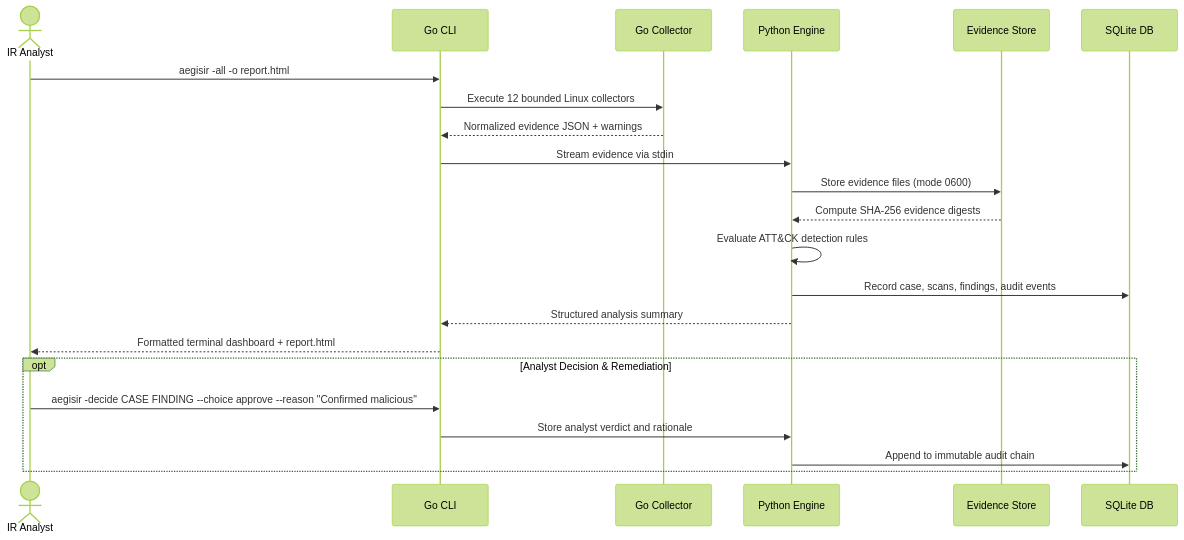
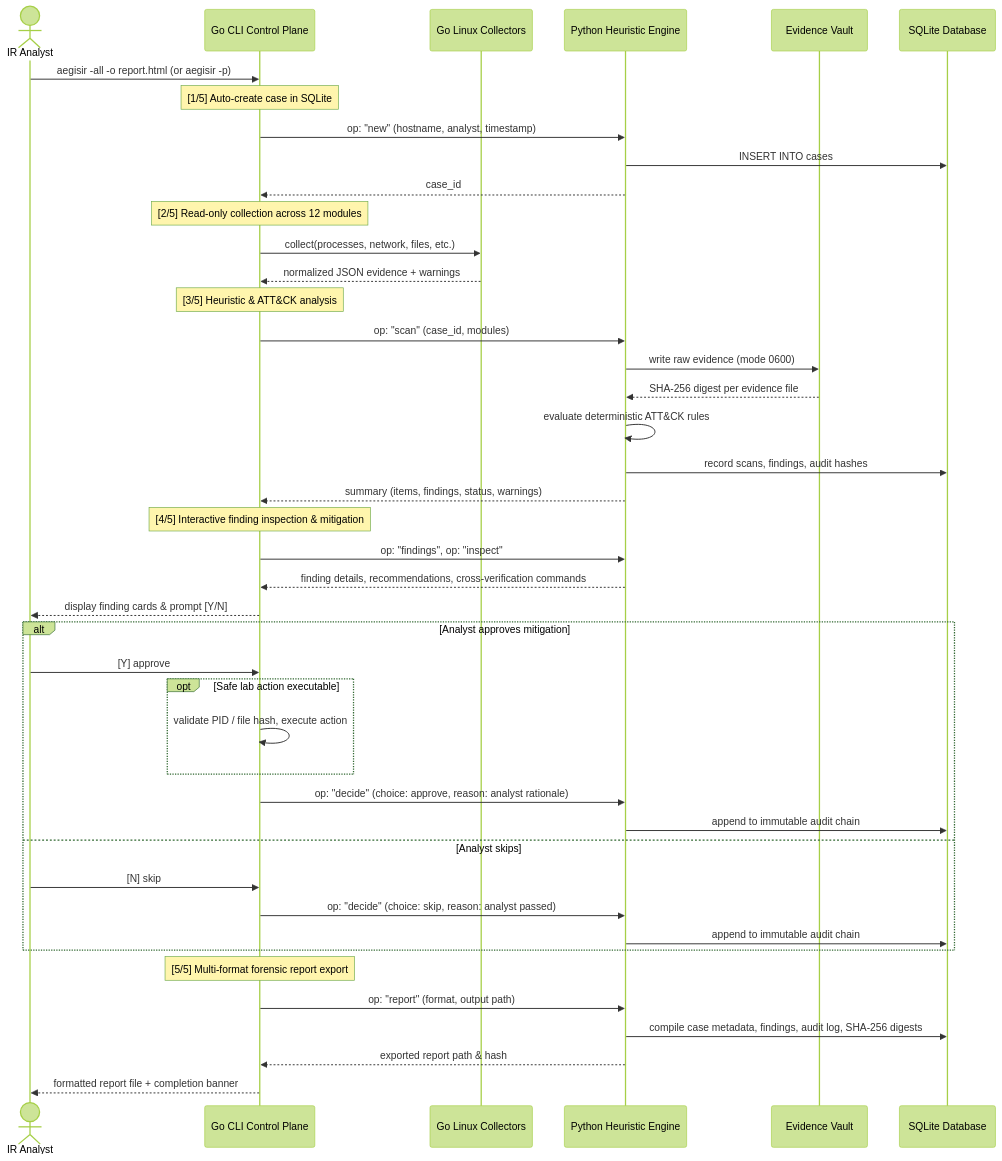
The second of 3 diagrams in README.md (shii9/AegisIR), drawn with Mermaid (forest theme) before and after one commit. The commit also changed other lines of this file and 2 other files, not shown here.

Commit message:
docs: align architecture and workflow specifications with the 5-stage triage pipeline and interactive TUI

````diff
--- a/README.md
+++ b/README.md
@@ -100,26 +100,50 @@
 ```mermaid
 sequenceDiagram
     actor IR as IR Analyst
-    participant G as Go CLI
-    participant C as Go Collector
-    participant P as Python Engine
-    participant E as Evidence Store
-    participant D as SQLite DB
+    participant G as Go CLI Control Plane
+    participant C as Go Linux Collectors
+    participant P as Python Heuristic Engine
+    participant E as Evidence Vault
+    participant D as SQLite Database
     
-    IR->>G: aegisir -all -o report.html
-    G->>C: Execute 12 bounded Linux collectors
-    C-->>G: Normalized evidence JSON + warnings
-    G->>P: Stream evidence via stdin
-    P->>E: Store evidence files (mode 0600)
-    E-->>P: Compute SHA-256 evidence digests
-    P->>P: Evaluate ATT&CK detection rules
-    P->>D: Record case, scans, findings, audit events
-    P-->>G: Structured analysis summary
-    G-->>IR: Formatted terminal dashboard + report.html
+    IR->>G: aegisir -all -o report.html (or aegisir -p)
+    Note over G: [1/5] Auto-create case in SQLite
+    G->>P: op: "new" (hostname, analyst, timestamp)
+    P->>D: INSERT INTO cases
+    P-->>G: case_id
     
-    opt Analyst Decision & Remediation
-        IR->>G: aegisir -decide CASE FINDING --choice approve --reason "Confirmed malicious"
-        G->>P: Store analyst verdict and rationale
-        P->>D: Append to immutable audit chain
+    Note over G: [2/5] Read-only collection across 12 modules
+    G->>C: collect(processes, network, files, etc.)
+    C-->>G: normalized JSON evidence + warnings
+    
+    Note over G: [3/5] Heuristic & ATT&CK analysis
+    G->>P: op: "scan" (case_id, modules)
+    P->>E: write raw evidence (mode 0600)
+    E-->>P: SHA-256 digest per evidence file
+    P->>P: evaluate deterministic ATT&CK rules
+    P->>D: record scans, findings, audit hashes
+    P-->>G: summary (items, findings, status, warnings)
+    
+    Note over G: [4/5] Interactive finding inspection & mitigation
+    G->>P: op: "findings", op: "inspect"
+    P-->>G: finding details, recommendations, cross-verification commands
+    G-->>IR: display finding cards & prompt [Y/N]
+    alt Analyst approves mitigation
+        IR->>G: [Y] approve
+        opt Safe lab action executable
+            G->>G: validate PID / file hash, execute action
+        end
+        G->>P: op: "decide" (choice: approve, reason: analyst rationale)
+        P->>D: append to immutable audit chain
+    else Analyst skips
+        IR->>G: [N] skip
+        G->>P: op: "decide" (choice: skip, reason: analyst passed)
+        P->>D: append to immutable audit chain
     end
+    
+    Note over G: [5/5] Multi-format forensic report export
+    G->>P: op: "report" (format, output path)
+    P->>D: compile case metadata, findings, audit log, SHA-256 digests
+    P-->>G: exported report path & hash
+    G-->>IR: formatted report file + completion banner
 ```
````
